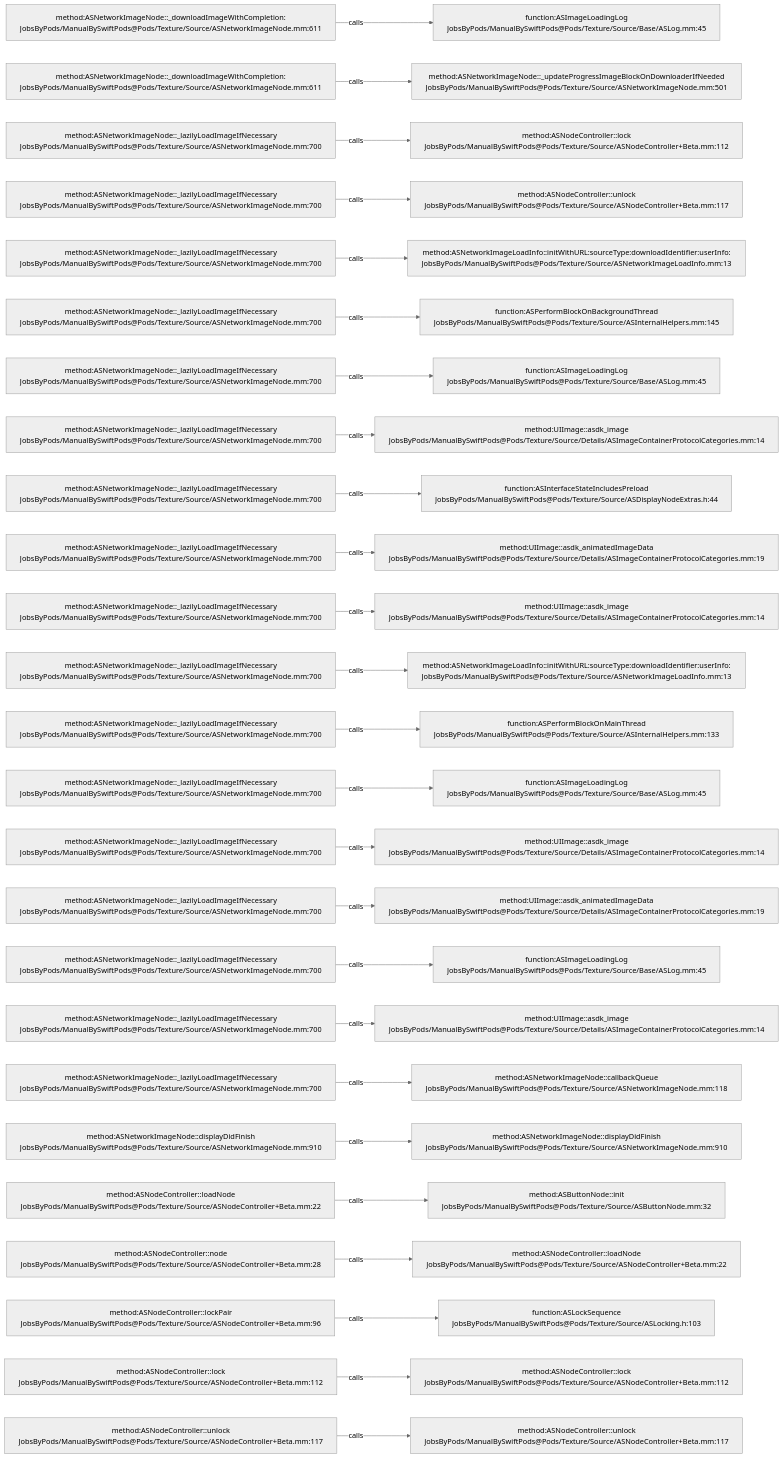
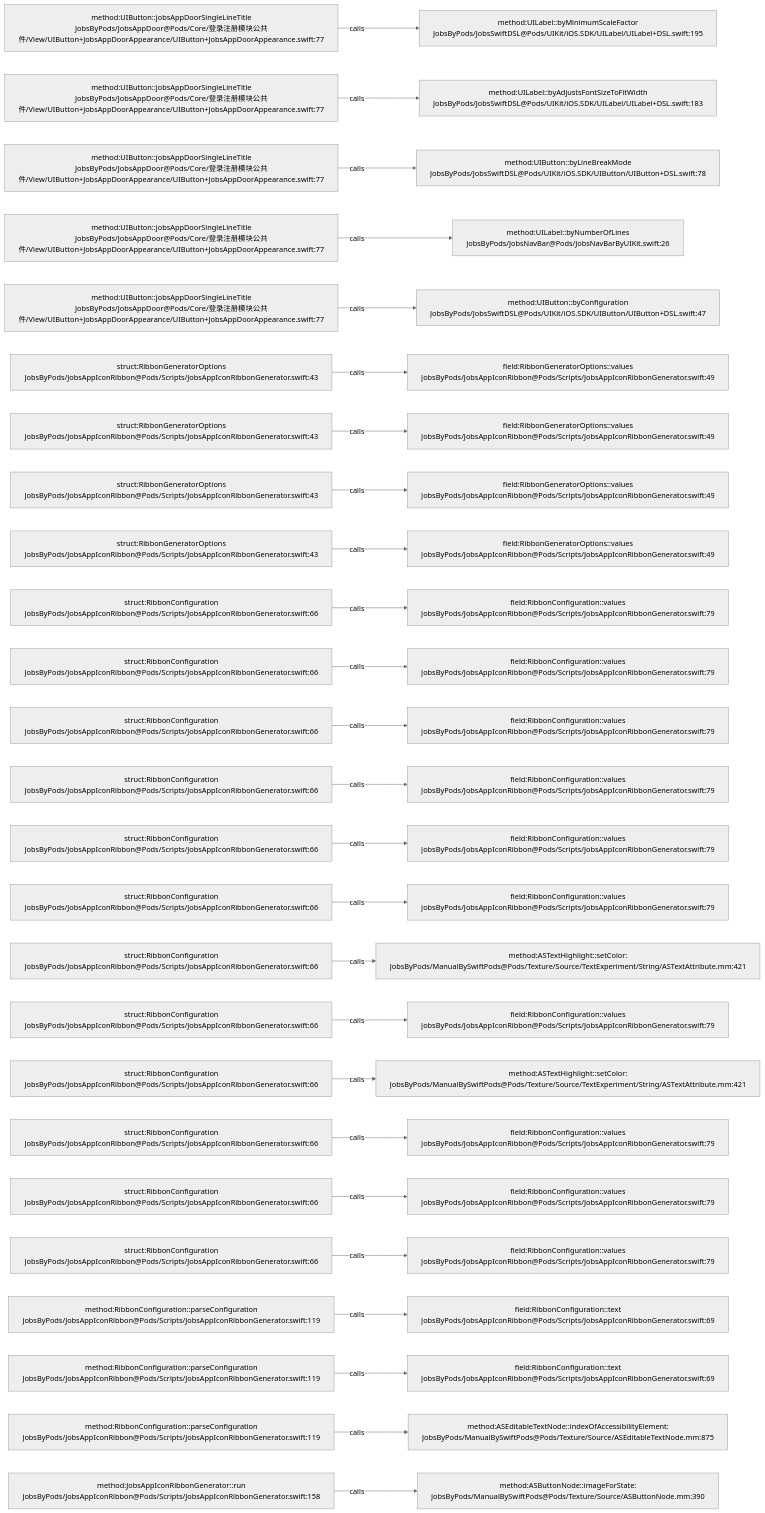
Before and after one commit to JobsKits/JobsSwiftBaseConfigDemo: the diagram in .codegraph/codegraph.md/graphs/calls-051.md, drawn with Mermaid (neutral theme). The commit also changed 224 other files, not shown here.

````diff
--- a/.codegraph/codegraph.md/graphs/calls-051.md
+++ b/.codegraph/codegraph.md/graphs/calls-051.md
@@ -13,78 +13,78 @@
 ```mermaid
 flowchart LR
-  S1["method:ASNetworkImageNode::_downloadImageWithCompletion:<br/>JobsByPods/ManualBySwiftPods@Pods/Texture/Source/ASNetworkImageNode.mm:611"]
-  T1["function:ASImageLoadingLog<br/>JobsByPods/ManualBySwiftPods@Pods/Texture/Source/Base/ASLog.mm:45"]
+  S1["method:UIButton::jobsAppDoorSingleLineTitle<br/>JobsByPods/JobsAppDoor@Pods/Core/登录注册模块公共件/View/UIButton+JobsAppDoorAppearance/UIButton+JobsAppDoorAppearance.swift:77"]
+  T1["method:UILabel::byMinimumScaleFactor<br/>JobsByPods/JobsSwiftDSL@Pods/UIKit/iOS.SDK/UILabel/UILabel+DSL.swift:195"]
   S1 -->|calls| T1
-  S2["method:ASNetworkImageNode::_downloadImageWithCompletion:<br/>JobsByPods/ManualBySwiftPods@Pods/Texture/Source/ASNetworkImageNode.mm:611"]
-  T2["method:ASNetworkImageNode::_updateProgressImageBlockOnDownloaderIfNeeded<br/>JobsByPods/ManualBySwiftPods@Pods/Texture/Source/ASNetworkImageNode.mm:501"]
+  S2["method:UIButton::jobsAppDoorSingleLineTitle<br/>JobsByPods/JobsAppDoor@Pods/Core/登录注册模块公共件/View/UIButton+JobsAppDoorAppearance/UIButton+JobsAppDoorAppearance.swift:77"]
+  T2["method:UILabel::byAdjustsFontSizeToFitWidth<br/>JobsByPods/JobsSwiftDSL@Pods/UIKit/iOS.SDK/UILabel/UILabel+DSL.swift:183"]
   S2 -->|calls| T2
-  S3["method:ASNetworkImageNode::_lazilyLoadImageIfNecessary<br/>JobsByPods/ManualBySwiftPods@Pods/Texture/Source/ASNetworkImageNode.mm:700"]
-  T3["method:ASNodeController::lock<br/>JobsByPods/ManualBySwiftPods@Pods/Texture/Source/ASNodeController+Beta.mm:112"]
+  S3["method:UIButton::jobsAppDoorSingleLineTitle<br/>JobsByPods/JobsAppDoor@Pods/Core/登录注册模块公共件/View/UIButton+JobsAppDoorAppearance/UIButton+JobsAppDoorAppearance.swift:77"]
+  T3["method:UIButton::byLineBreakMode<br/>JobsByPods/JobsSwiftDSL@Pods/UIKit/iOS.SDK/UIButton/UIButton+DSL.swift:78"]
   S3 -->|calls| T3
-  S4["method:ASNetworkImageNode::_lazilyLoadImageIfNecessary<br/>JobsByPods/ManualBySwiftPods@Pods/Texture/Source/ASNetworkImageNode.mm:700"]
-  T4["method:ASNodeController::unlock<br/>JobsByPods/ManualBySwiftPods@Pods/Texture/Source/ASNodeController+Beta.mm:117"]
+  S4["method:UIButton::jobsAppDoorSingleLineTitle<br/>JobsByPods/JobsAppDoor@Pods/Core/登录注册模块公共件/View/UIButton+JobsAppDoorAppearance/UIButton+JobsAppDoorAppearance.swift:77"]
+  T4["method:UILabel::byNumberOfLines<br/>JobsByPods/JobsNavBar@Pods/JobsNavBarByUIKit.swift:26"]
   S4 -->|calls| T4
-  S5["method:ASNetworkImageNode::_lazilyLoadImageIfNecessary<br/>JobsByPods/ManualBySwiftPods@Pods/Texture/Source/ASNetworkImageNode.mm:700"]
-  T5["method:ASNetworkImageLoadInfo::initWithURL:sourceType:downloadIdentifier:userInfo:<br/>JobsByPods/ManualBySwiftPods@Pods/Texture/Source/ASNetworkImageLoadInfo.mm:13"]
+  S5["method:UIButton::jobsAppDoorSingleLineTitle<br/>JobsByPods/JobsAppDoor@Pods/Core/登录注册模块公共件/View/UIButton+JobsAppDoorAppearance/UIButton+JobsAppDoorAppearance.swift:77"]
+  T5["method:UIButton::byConfiguration<br/>JobsByPods/JobsSwiftDSL@Pods/UIKit/iOS.SDK/UIButton/UIButton+DSL.swift:47"]
   S5 -->|calls| T5
-  S6["method:ASNetworkImageNode::_lazilyLoadImageIfNecessary<br/>JobsByPods/ManualBySwiftPods@Pods/Texture/Source/ASNetworkImageNode.mm:700"]
-  T6["function:ASPerformBlockOnBackgroundThread<br/>JobsByPods/ManualBySwiftPods@Pods/Texture/Source/ASInternalHelpers.mm:145"]
+  S6["struct:RibbonGeneratorOptions<br/>JobsByPods/JobsAppIconRibbon@Pods/Scripts/JobsAppIconRibbonGenerator.swift:43"]
+  T6["field:RibbonGeneratorOptions::values<br/>JobsByPods/JobsAppIconRibbon@Pods/Scripts/JobsAppIconRibbonGenerator.swift:49"]
   S6 -->|calls| T6
-  S7["method:ASNetworkImageNode::_lazilyLoadImageIfNecessary<br/>JobsByPods/ManualBySwiftPods@Pods/Texture/Source/ASNetworkImageNode.mm:700"]
-  T7["function:ASImageLoadingLog<br/>JobsByPods/ManualBySwiftPods@Pods/Texture/Source/Base/ASLog.mm:45"]
+  S7["struct:RibbonGeneratorOptions<br/>JobsByPods/JobsAppIconRibbon@Pods/Scripts/JobsAppIconRibbonGenerator.swift:43"]
+  T7["field:RibbonGeneratorOptions::values<br/>JobsByPods/JobsAppIconRibbon@Pods/Scripts/JobsAppIconRibbonGenerator.swift:49"]
   S7 -->|calls| T7
-  S8["method:ASNetworkImageNode::_lazilyLoadImageIfNecessary<br/>JobsByPods/ManualBySwiftPods@Pods/Texture/Source/ASNetworkImageNode.mm:700"]
-  T8["method:UIImage::asdk_image<br/>JobsByPods/ManualBySwiftPods@Pods/Texture/Source/Details/ASImageContainerProtocolCategories.mm:14"]
+  S8["struct:RibbonGeneratorOptions<br/>JobsByPods/JobsAppIconRibbon@Pods/Scripts/JobsAppIconRibbonGenerator.swift:43"]
+  T8["field:RibbonGeneratorOptions::values<br/>JobsByPods/JobsAppIconRibbon@Pods/Scripts/JobsAppIconRibbonGenerator.swift:49"]
   S8 -->|calls| T8
-  S9["method:ASNetworkImageNode::_lazilyLoadImageIfNecessary<br/>JobsByPods/ManualBySwiftPods@Pods/Texture/Source/ASNetworkImageNode.mm:700"]
-  T9["function:ASInterfaceStateIncludesPreload<br/>JobsByPods/ManualBySwiftPods@Pods/Texture/Source/ASDisplayNodeExtras.h:44"]
+  S9["struct:RibbonGeneratorOptions<br/>JobsByPods/JobsAppIconRibbon@Pods/Scripts/JobsAppIconRibbonGenerator.swift:43"]
+  T9["field:RibbonGeneratorOptions::values<br/>JobsByPods/JobsAppIconRibbon@Pods/Scripts/JobsAppIconRibbonGenerator.swift:49"]
   S9 -->|calls| T9
-  S10["method:ASNetworkImageNode::_lazilyLoadImageIfNecessary<br/>JobsByPods/ManualBySwiftPods@Pods/Texture/Source/ASNetworkImageNode.mm:700"]
-  T10["method:UIImage::asdk_animatedImageData<br/>JobsByPods/ManualBySwiftPods@Pods/Texture/Source/Details/ASImageContainerProtocolCategories.mm:19"]
+  S10["struct:RibbonConfiguration<br/>JobsByPods/JobsAppIconRibbon@Pods/Scripts/JobsAppIconRibbonGenerator.swift:66"]
+  T10["field:RibbonConfiguration::values<br/>JobsByPods/JobsAppIconRibbon@Pods/Scripts/JobsAppIconRibbonGenerator.swift:79"]
   S10 -->|calls| T10
-  S11["method:ASNetworkImageNode::_lazilyLoadImageIfNecessary<br/>JobsByPods/ManualBySwiftPods@Pods/Texture/Source/ASNetworkImageNode.mm:700"]
-  T11["method:UIImage::asdk_image<br/>JobsByPods/ManualBySwiftPods@Pods/Texture/Source/Details/ASImageContainerProtocolCategories.mm:14"]
+  S11["struct:RibbonConfiguration<br/>JobsByPods/JobsAppIconRibbon@Pods/Scripts/JobsAppIconRibbonGenerator.swift:66"]
+  T11["field:RibbonConfiguration::values<br/>JobsByPods/JobsAppIconRibbon@Pods/Scripts/JobsAppIconRibbonGenerator.swift:79"]
   S11 -->|calls| T11
-  S12["method:ASNetworkImageNode::_lazilyLoadImageIfNecessary<br/>JobsByPods/ManualBySwiftPods@Pods/Texture/Source/ASNetworkImageNode.mm:700"]
-  T12["method:ASNetworkImageLoadInfo::initWithURL:sourceType:downloadIdentifier:userInfo:<br/>JobsByPods/ManualBySwiftPods@Pods/Texture/Source/ASNetworkImageLoadInfo.mm:13"]
+  S12["struct:RibbonConfiguration<br/>JobsByPods/JobsAppIconRibbon@Pods/Scripts/JobsAppIconRibbonGenerator.swift:66"]
+  T12["field:RibbonConfiguration::values<br/>JobsByPods/JobsAppIconRibbon@Pods/Scripts/JobsAppIconRibbonGenerator.swift:79"]
   S12 -->|calls| T12
-  S13["method:ASNetworkImageNode::_lazilyLoadImageIfNecessary<br/>JobsByPods/ManualBySwiftPods@Pods/Texture/Source/ASNetworkImageNode.mm:700"]
-  T13["function:ASPerformBlockOnMainThread<br/>JobsByPods/ManualBySwiftPods@Pods/Texture/Source/ASInternalHelpers.mm:133"]
+  S13["struct:RibbonConfiguration<br/>JobsByPods/JobsAppIconRibbon@Pods/Scripts/JobsAppIconRibbonGenerator.swift:66"]
+  T13["field:RibbonConfiguration::values<br/>JobsByPods/JobsAppIconRibbon@Pods/Scripts/JobsAppIconRibbonGenerator.swift:79"]
   S13 -->|calls| T13
-  S14["method:ASNetworkImageNode::_lazilyLoadImageIfNecessary<br/>JobsByPods/ManualBySwiftPods@Pods/Texture/Source/ASNetworkImageNode.mm:700"]
-  T14["function:ASImageLoadingLog<br/>JobsByPods/ManualBySwiftPods@Pods/Texture/Source/Base/ASLog.mm:45"]
+  S14["struct:RibbonConfiguration<br/>JobsByPods/JobsAppIconRibbon@Pods/Scripts/JobsAppIconRibbonGenerator.swift:66"]
+  T14["field:RibbonConfiguration::values<br/>JobsByPods/JobsAppIconRibbon@Pods/Scripts/JobsAppIconRibbonGenerator.swift:79"]
   S14 -->|calls| T14
-  S15["method:ASNetworkImageNode::_lazilyLoadImageIfNecessary<br/>JobsByPods/ManualBySwiftPods@Pods/Texture/Source/ASNetworkImageNode.mm:700"]
-  T15["method:UIImage::asdk_image<br/>JobsByPods/ManualBySwiftPods@Pods/Texture/Source/Details/ASImageContainerProtocolCategories.mm:14"]
+  S15["struct:RibbonConfiguration<br/>JobsByPods/JobsAppIconRibbon@Pods/Scripts/JobsAppIconRibbonGenerator.swift:66"]
+  T15["field:RibbonConfiguration::values<br/>JobsByPods/JobsAppIconRibbon@Pods/Scripts/JobsAppIconRibbonGenerator.swift:79"]
   S15 -->|calls| T15
-  S16["method:ASNetworkImageNode::_lazilyLoadImageIfNecessary<br/>JobsByPods/ManualBySwiftPods@Pods/Texture/Source/ASNetworkImageNode.mm:700"]
-  T16["method:UIImage::asdk_animatedImageData<br/>JobsByPods/ManualBySwiftPods@Pods/Texture/Source/Details/ASImageContainerProtocolCategories.mm:19"]
+  S16["struct:RibbonConfiguration<br/>JobsByPods/JobsAppIconRibbon@Pods/Scripts/JobsAppIconRibbonGenerator.swift:66"]
+  T16["method:ASTextHighlight::setColor:<br/>JobsByPods/ManualBySwiftPods@Pods/Texture/Source/TextExperiment/String/ASTextAttribute.mm:421"]
   S16 -->|calls| T16
-  S17["method:ASNetworkImageNode::_lazilyLoadImageIfNecessary<br/>JobsByPods/ManualBySwiftPods@Pods/Texture/Source/ASNetworkImageNode.mm:700"]
-  T17["function:ASImageLoadingLog<br/>JobsByPods/ManualBySwiftPods@Pods/Texture/Source/Base/ASLog.mm:45"]
+  S17["struct:RibbonConfiguration<br/>JobsByPods/JobsAppIconRibbon@Pods/Scripts/JobsAppIconRibbonGenerator.swift:66"]
+  T17["field:RibbonConfiguration::values<br/>JobsByPods/JobsAppIconRibbon@Pods/Scripts/JobsAppIconRibbonGenerator.swift:79"]
   S17 -->|calls| T17
-  S18["method:ASNetworkImageNode::_lazilyLoadImageIfNecessary<br/>JobsByPods/ManualBySwiftPods@Pods/Texture/Source/ASNetworkImageNode.mm:700"]
-  T18["method:UIImage::asdk_image<br/>JobsByPods/ManualBySwiftPods@Pods/Texture/Source/Details/ASImageContainerProtocolCategories.mm:14"]
+  S18["struct:RibbonConfiguration<br/>JobsByPods/JobsAppIconRibbon@Pods/Scripts/JobsAppIconRibbonGenerator.swift:66"]
+  T18["method:ASTextHighlight::setColor:<br/>JobsByPods/ManualBySwiftPods@Pods/Texture/Source/TextExperiment/String/ASTextAttribute.mm:421"]
   S18 -->|calls| T18
-  S19["method:ASNetworkImageNode::_lazilyLoadImageIfNecessary<br/>JobsByPods/ManualBySwiftPods@Pods/Texture/Source/ASNetworkImageNode.mm:700"]
-  T19["method:ASNetworkImageNode::callbackQueue<br/>JobsByPods/ManualBySwiftPods@Pods/Texture/Source/ASNetworkImageNode.mm:118"]
+  S19["struct:RibbonConfiguration<br/>JobsByPods/JobsAppIconRibbon@Pods/Scripts/JobsAppIconRibbonGenerator.swift:66"]
+  T19["field:RibbonConfiguration::values<br/>JobsByPods/JobsAppIconRibbon@Pods/Scripts/JobsAppIconRibbonGenerator.swift:79"]
   S19 -->|calls| T19
-  S20["method:ASNetworkImageNode::displayDidFinish<br/>JobsByPods/ManualBySwiftPods@Pods/Texture/Source/ASNetworkImageNode.mm:910"]
-  T20["method:ASNetworkImageNode::displayDidFinish<br/>JobsByPods/ManualBySwiftPods@Pods/Texture/Source/ASNetworkImageNode.mm:910"]
+  S20["struct:RibbonConfiguration<br/>JobsByPods/JobsAppIconRibbon@Pods/Scripts/JobsAppIconRibbonGenerator.swift:66"]
+  T20["field:RibbonConfiguration::values<br/>JobsByPods/JobsAppIconRibbon@Pods/Scripts/JobsAppIconRibbonGenerator.swift:79"]
   S20 -->|calls| T20
-  S21["method:ASNodeController::loadNode<br/>JobsByPods/ManualBySwiftPods@Pods/Texture/Source/ASNodeController+Beta.mm:22"]
-  T21["method:ASButtonNode::init<br/>JobsByPods/ManualBySwiftPods@Pods/Texture/Source/ASButtonNode.mm:32"]
+  S21["struct:RibbonConfiguration<br/>JobsByPods/JobsAppIconRibbon@Pods/Scripts/JobsAppIconRibbonGenerator.swift:66"]
+  T21["field:RibbonConfiguration::values<br/>JobsByPods/JobsAppIconRibbon@Pods/Scripts/JobsAppIconRibbonGenerator.swift:79"]
   S21 -->|calls| T21
-  S22["method:ASNodeController::node<br/>JobsByPods/ManualBySwiftPods@Pods/Texture/Source/ASNodeController+Beta.mm:28"]
-  T22["method:ASNodeController::loadNode<br/>JobsByPods/ManualBySwiftPods@Pods/Texture/Source/ASNodeController+Beta.mm:22"]
+  S22["method:RibbonConfiguration::parseConfiguration<br/>JobsByPods/JobsAppIconRibbon@Pods/Scripts/JobsAppIconRibbonGenerator.swift:119"]
+  T22["field:RibbonConfiguration::text<br/>JobsByPods/JobsAppIconRibbon@Pods/Scripts/JobsAppIconRibbonGenerator.swift:69"]
   S22 -->|calls| T22
-  S23["method:ASNodeController::lockPair<br/>JobsByPods/ManualBySwiftPods@Pods/Texture/Source/ASNodeController+Beta.mm:96"]
-  T23["function:ASLockSequence<br/>JobsByPods/ManualBySwiftPods@Pods/Texture/Source/ASLocking.h:103"]
+  S23["method:RibbonConfiguration::parseConfiguration<br/>JobsByPods/JobsAppIconRibbon@Pods/Scripts/JobsAppIconRibbonGenerator.swift:119"]
+  T23["field:RibbonConfiguration::text<br/>JobsByPods/JobsAppIconRibbon@Pods/Scripts/JobsAppIconRibbonGenerator.swift:69"]
   S23 -->|calls| T23
-  S24["method:ASNodeController::lock<br/>JobsByPods/ManualBySwiftPods@Pods/Texture/Source/ASNodeController+Beta.mm:112"]
-  T24["method:ASNodeController::lock<br/>JobsByPods/ManualBySwiftPods@Pods/Texture/Source/ASNodeController+Beta.mm:112"]
+  S24["method:RibbonConfiguration::parseConfiguration<br/>JobsByPods/JobsAppIconRibbon@Pods/Scripts/JobsAppIconRibbonGenerator.swift:119"]
+  T24["method:ASEditableTextNode::indexOfAccessibilityElement:<br/>JobsByPods/ManualBySwiftPods@Pods/Texture/Source/ASEditableTextNode.mm:875"]
   S24 -->|calls| T24
-  S25["method:ASNodeController::unlock<br/>JobsByPods/ManualBySwiftPods@Pods/Texture/Source/ASNodeController+Beta.mm:117"]
-  T25["method:ASNodeController::unlock<br/>JobsByPods/ManualBySwiftPods@Pods/Texture/Source/ASNodeController+Beta.mm:117"]
+  S25["method:JobsAppIconRibbonGenerator::run<br/>JobsByPods/JobsAppIconRibbon@Pods/Scripts/JobsAppIconRibbonGenerator.swift:158"]
+  T25["method:ASButtonNode::imageForState:<br/>JobsByPods/ManualBySwiftPods@Pods/Texture/Source/ASButtonNode.mm:390"]
   S25 -->|calls| T25
 ```
````
